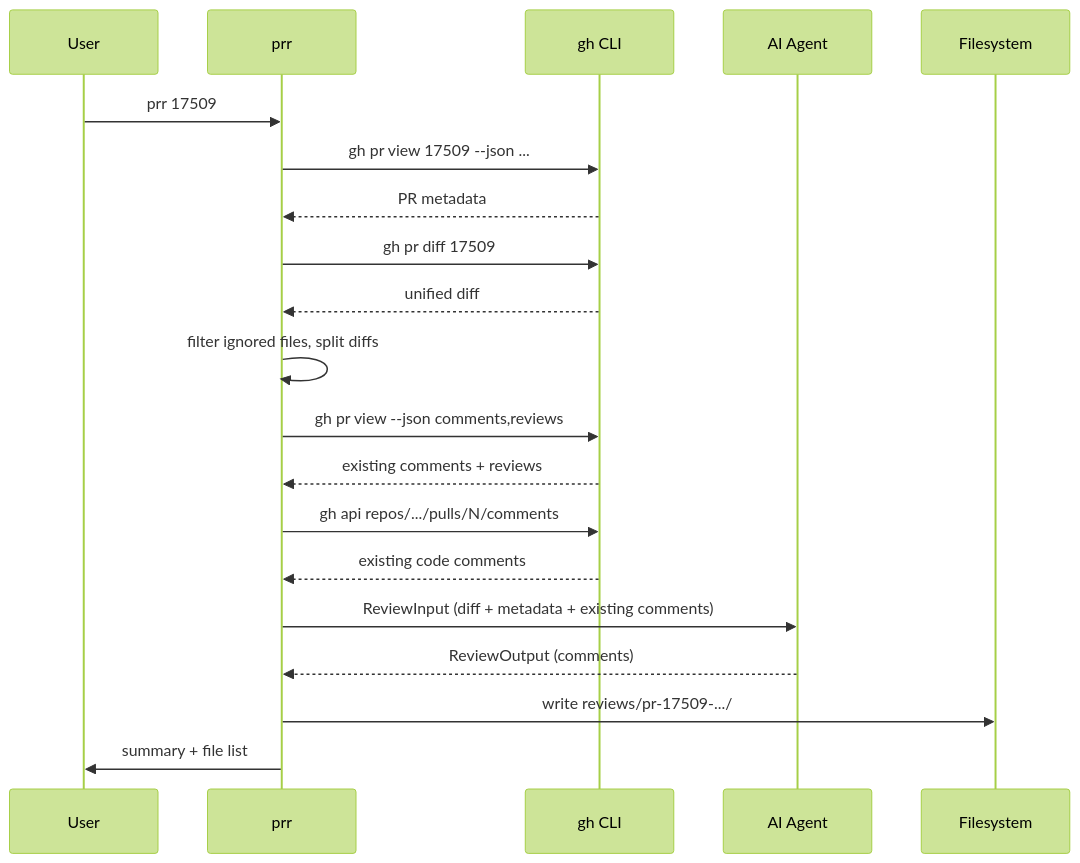
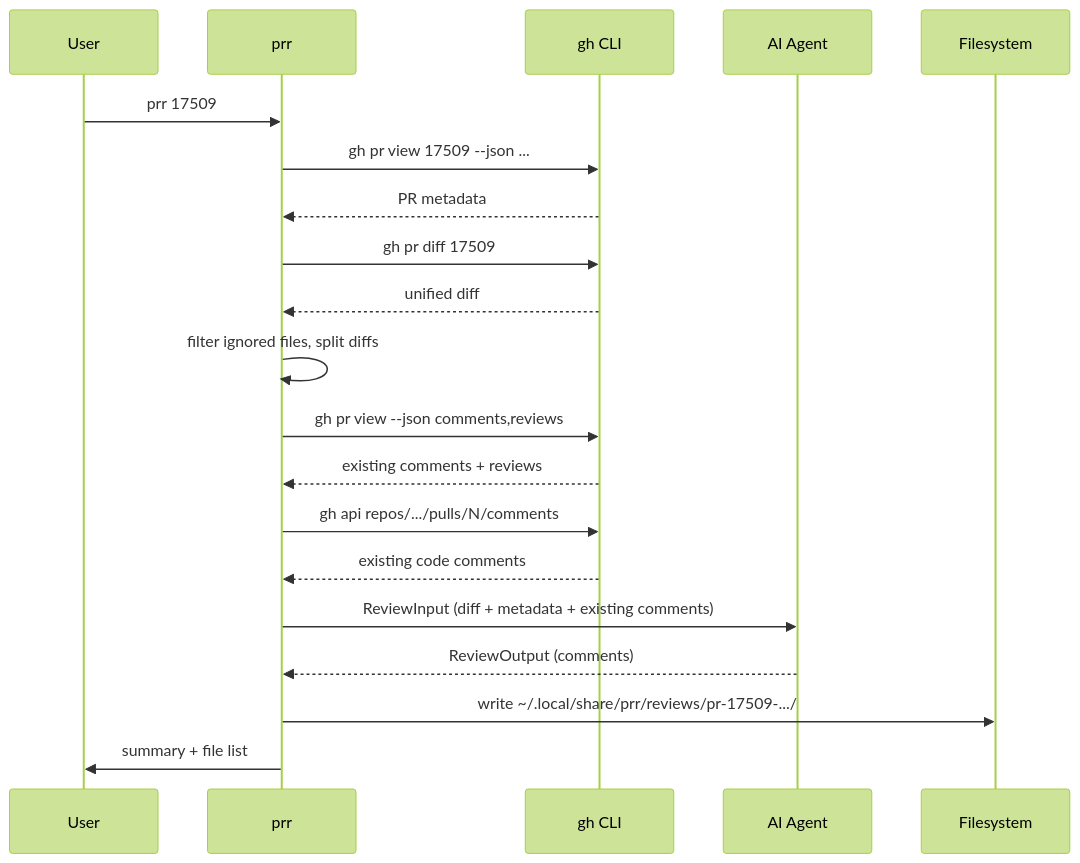
The second of 2 diagrams in SPEC.md (dotbrains/prr), drawn with Mermaid (forest theme) before and after one commit. The commit also changed other lines of this file and 4 other files, not shown here.

First line of the commit message:
feat: use XDG-compliant default output directory (~/.local/share/prr/reviews)

````diff
--- a/SPEC.md
+++ b/SPEC.md
@@ -666,23 +666,23 @@
 ```mermaid
 sequenceDiagram
     participant User
     participant CLI as prr
     participant GH as gh CLI
     participant Agent as AI Agent
     participant FS as Filesystem
 
     User->>CLI: prr 17509
     CLI->>GH: gh pr view 17509 --json ...
     GH-->>CLI: PR metadata
     CLI->>GH: gh pr diff 17509
     GH-->>CLI: unified diff
     CLI->>CLI: filter ignored files, split diffs
     CLI->>GH: gh pr view --json comments,reviews
     GH-->>CLI: existing comments + reviews
     CLI->>GH: gh api repos/.../pulls/N/comments
     GH-->>CLI: existing code comments
     CLI->>Agent: ReviewInput (diff + metadata + existing comments)
     Agent-->>CLI: ReviewOutput (comments)
-    CLI->>FS: write reviews/pr-17509-.../
+    CLI->>FS: write ~/.local/share/prr/reviews/pr-17509-.../
     CLI->>User: summary + file list
 ```
````
